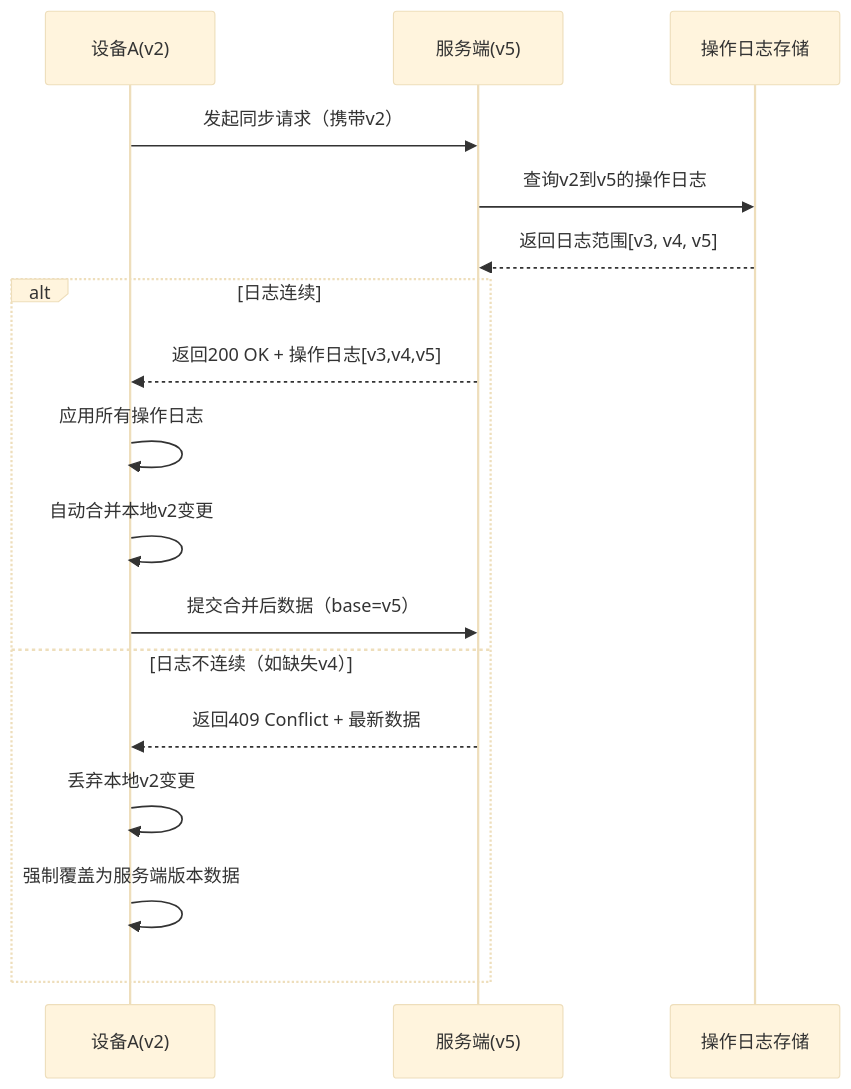
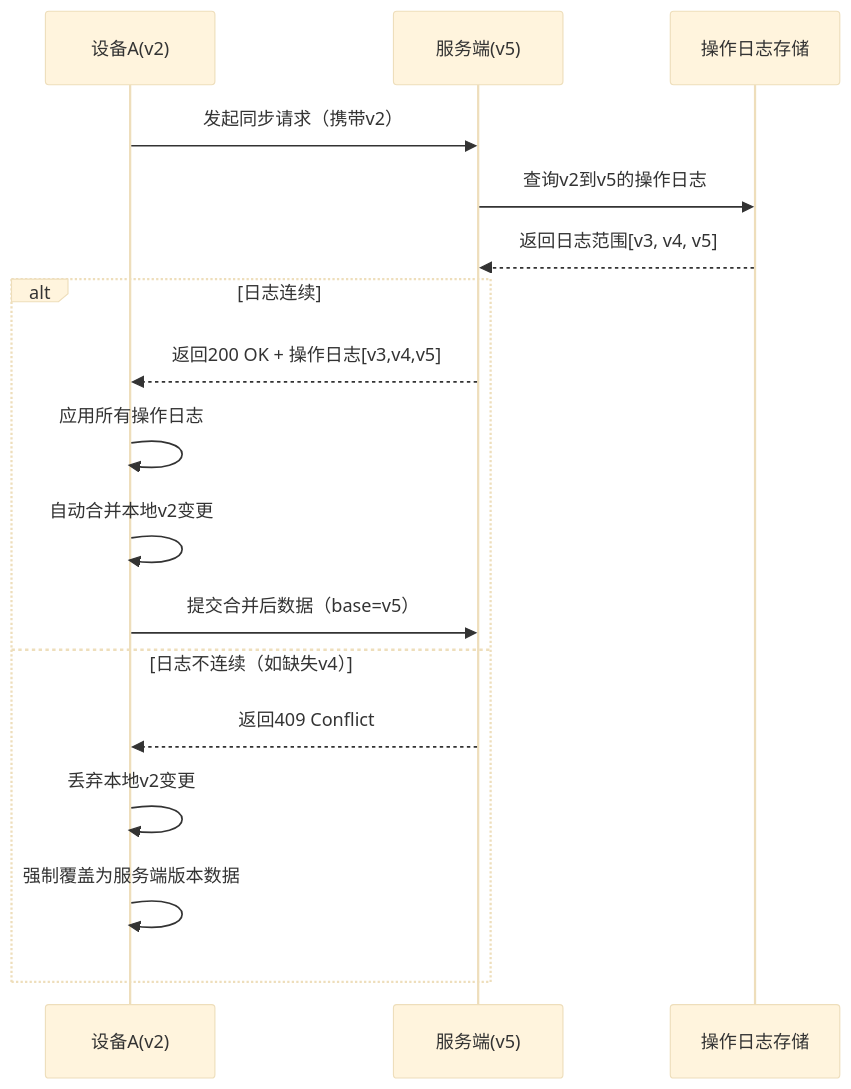
One commit to yingjianzh/iodraw-files changed the diagram in all/未命名-24.md. Above: the diagram before and after it, drawn with Mermaid (base theme).

Commit message:
2025-02-24 11:04:40 update

````diff
--- a/all/未命名-24.md
+++ b/all/未命名-24.md
@@ -1,23 +1,23 @@
 ```mermaid
 
 sequenceDiagram
     participant A as 设备A(v2)
     participant S as 服务端(v5)
     participant DB as 操作日志存储
 
 
     A->>S: 发起同步请求（携带v2）
     S->>DB: 查询v2到v5的操作日志
     DB-->>S: 返回日志范围[v3, v4, v5]
     
     alt 日志连续
         S-->>A: 返回200 OK + 操作日志[v3,v4,v5]
         A->>A: 应用所有操作日志
         A->>A: 自动合并本地v2变更
         A->>S: 提交合并后数据（base=v5）
     else 日志不连续（如缺失v4）
-        S-->>A: 返回409 Conflict + 最新数据
+        S-->>A: 返回409 Conflict
         A->>A: 丢弃本地v2变更
         A->>A: 强制覆盖为服务端版本数据
     end
 ```
````
